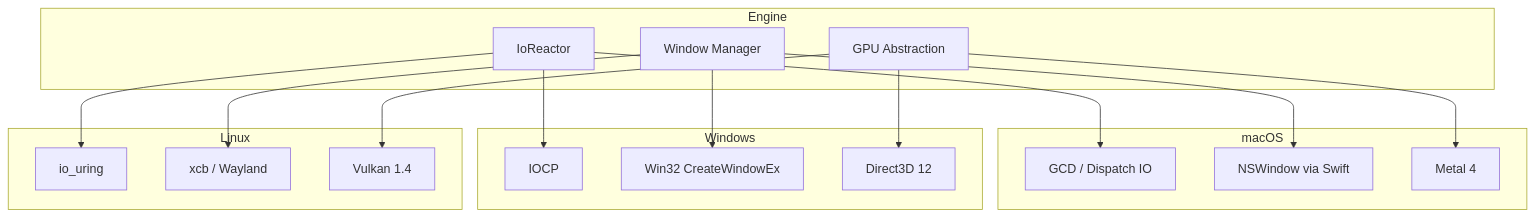
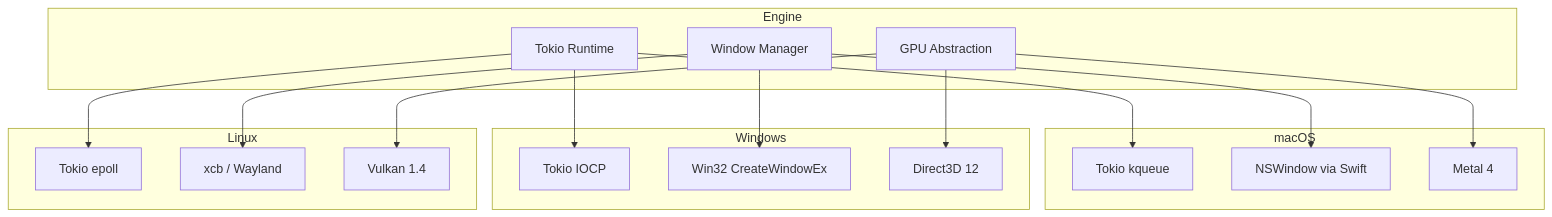
Before and after one commit to harmonius-dev/harmonius: diagram 15 of 15 in docs/architecture.md, drawn with Mermaid. The commit also changed other lines of this file and 229 other files, not shown here.

````diff
--- a/docs/architecture.md
+++ b/docs/architecture.md
@@ -1440,34 +1432,30 @@
 ```mermaid
 graph TB
     subgraph "Engine"
-        REACTOR[IoReactor]
+        TOKIO[Tokio Runtime]
         WINDOW[Window Manager]
-        GPU[GPU Abstraction]
+        GPUHAL[GPU Abstraction]
     end
 
     subgraph "macOS"
-        GCD[GCD / Dispatch IO]
+        KQUEUE[Tokio kqueue]
         NSWIN[NSWindow via Swift]
         METAL[Metal 4]
     end
 
     subgraph "Windows"
-        IOCP[IOCP]
+        WIOCP[Tokio IOCP]
         WIN32[Win32 CreateWindowEx]
         D3D12[Direct3D 12]
     end
 
     subgraph "Linux"
-        URING[io_uring]
+        EPOLL[Tokio epoll]
         XCB[xcb / Wayland]
         VK[Vulkan 1.4]
     end
 
-    REACTOR --> GCD & IOCP & URING
+    TOKIO --> KQUEUE & WIOCP & EPOLL
     WINDOW --> NSWIN & WIN32 & XCB
-    GPU --> METAL & D3D12 & VK
-
-    click REACTOR "#platform"
-    click WINDOW "#platform"
-    click GPU "#rendering"
+    GPUHAL --> METAL & D3D12 & VK
 ```
````
